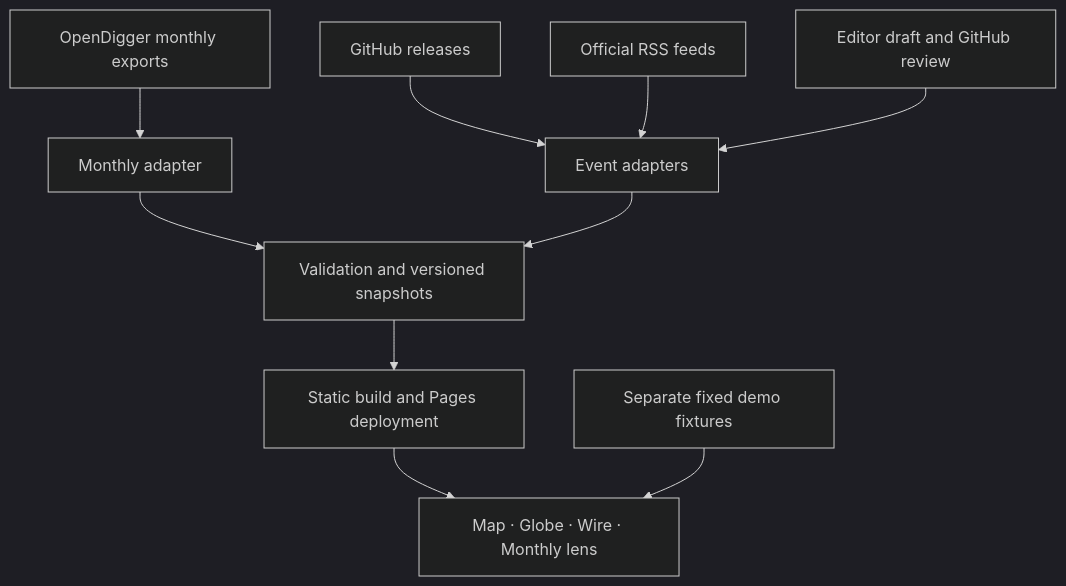
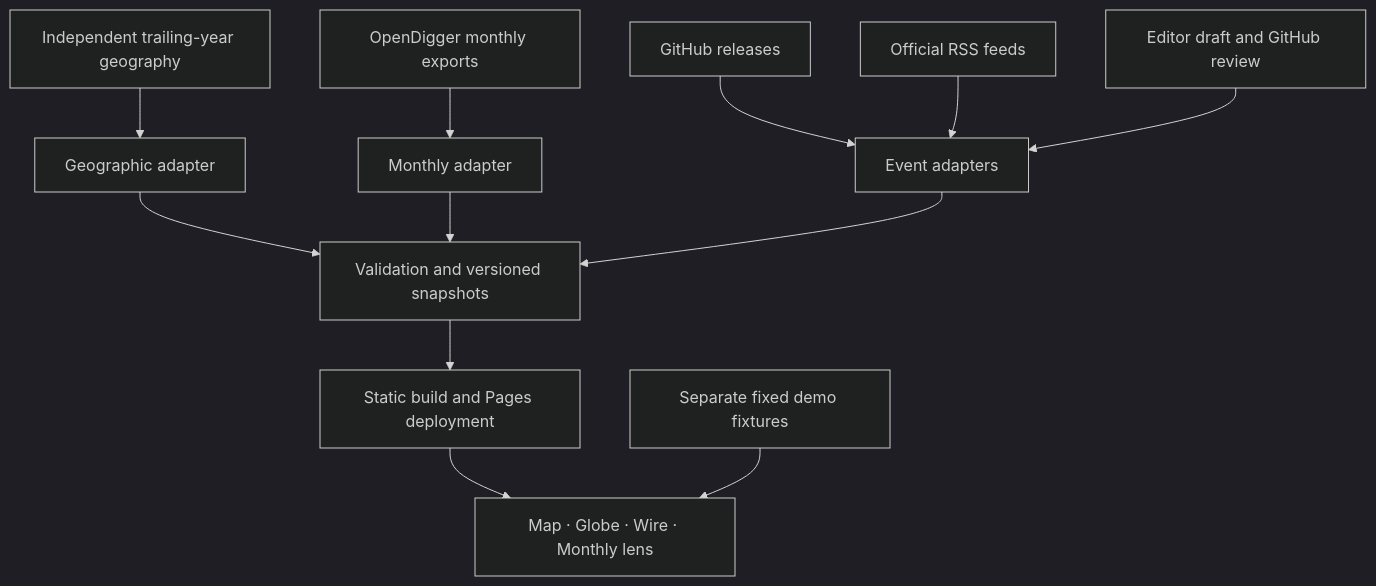
The diagram in docs/ARCHITECTURE.md (X-lab2017/open-dipper), drawn with Mermaid (dark theme) before and after one commit. The commit also changed other lines of this file and 31 other files, not shown here.

````diff
--- a/docs/ARCHITECTURE.md
+++ b/docs/ARCHITECTURE.md
@@ -19,12 +21,14 @@
 ```mermaid
 flowchart TD
   OD[OpenDigger monthly exports] --> MA[Monthly adapter]
   GH[GitHub releases] --> EI[Event adapters]
   RSS[Official RSS feeds] --> EI
   ED[Editor draft and GitHub review] --> EI
-  MA --> VA[Validation and versioned snapshots]
+  GEO[Independent trailing-year geography] --> GA[Geographic adapter]
+  GA --> VA[Validation and versioned snapshots]
+  MA --> VA
   EI --> VA
   VA --> BUILD[Static build and Pages deployment]
   BUILD --> UI[Map · Globe · Wire · Monthly lens]
   DEMO[Separate fixed demo fixtures] --> UI
 ```
````
